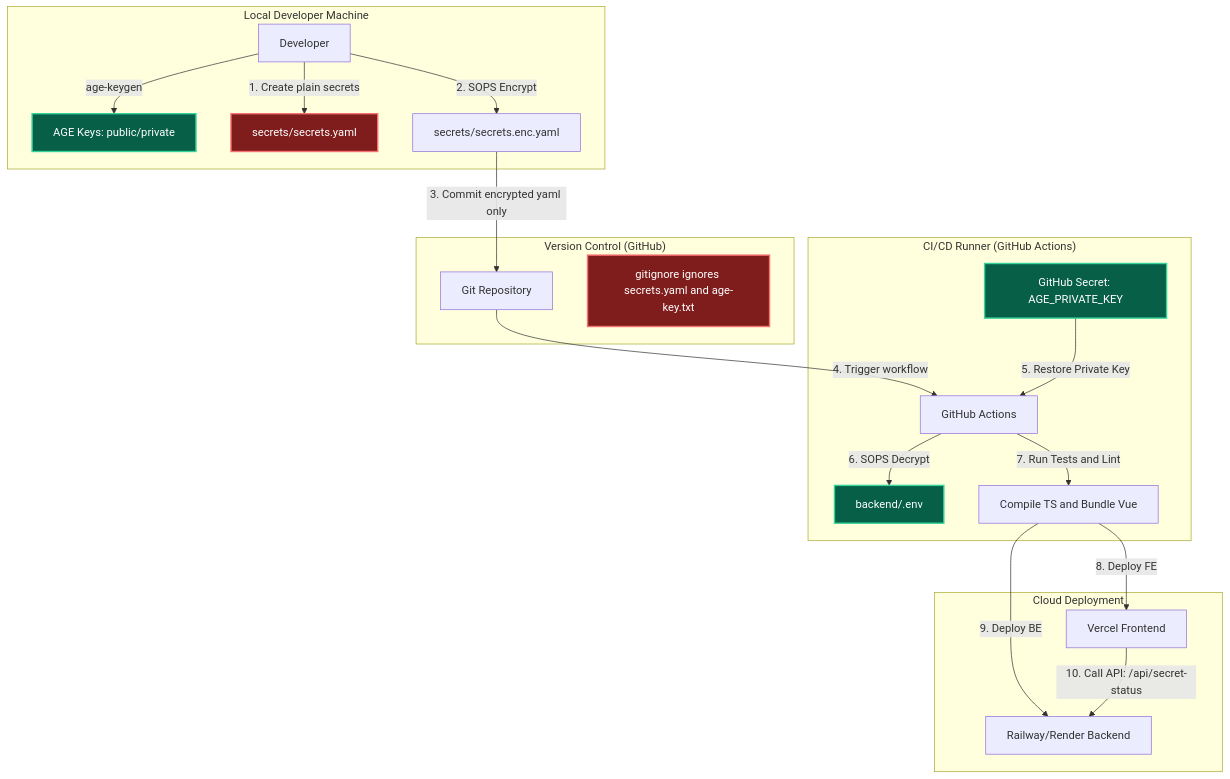
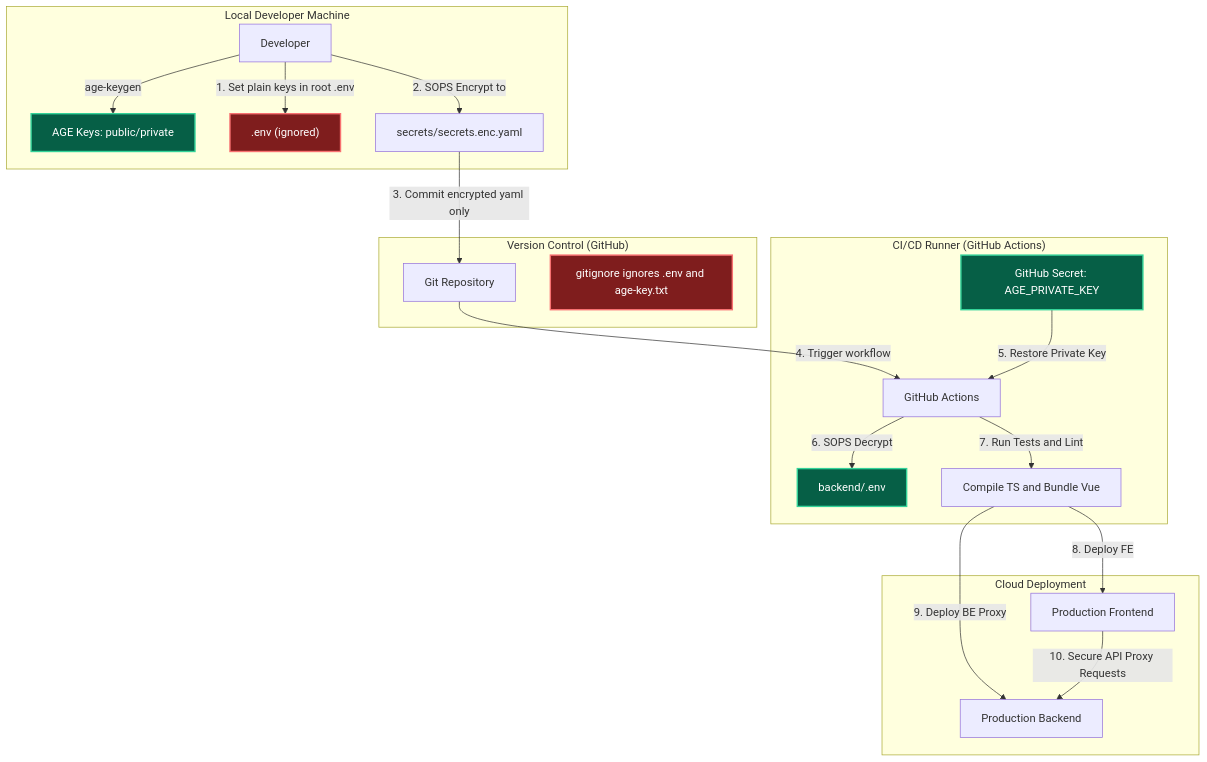
Before and after one commit to soujanyapatra/sops-vue-nodejs: the diagram in README.md, drawn with Mermaid. The commit also changed other lines of this file, not shown here.

````diff
--- a/README.md
+++ b/README.md
@@ -11,31 +11,31 @@
 ```mermaid
 graph TD
     subgraph "Local Developer Machine"
         Dev[Developer] -->|age-keygen| KeyPair["AGE Keys: public/private"]
-        Dev -->|"1. Create plain secrets"| Sec["secrets/secrets.yaml"]
-        Dev -->|"2. SOPS Encrypt"| EncSec["secrets/secrets.enc.yaml"]
+        Dev -->|"1. Set plain keys in root .env"| Sec[".env (ignored)"]
+        Dev -->|"2. SOPS Encrypt to"| EncSec["secrets/secrets.enc.yaml"]
     end
 
     subgraph "Version Control (GitHub)"
         EncSec -->|"3. Commit encrypted yaml only"| GitRepo["Git Repository"]
-        GitIgnore["gitignore ignores secrets.yaml and age-key.txt"]
+        GitIgnore["gitignore ignores .env and age-key.txt"]
     end
 
     subgraph "CI/CD Runner (GitHub Actions)"
         GitRepo -->|"4. Trigger workflow"| GHA["GitHub Actions"]
         GHAKey["GitHub Secret: AGE_PRIVATE_KEY"] -->|"5. Restore Private Key"| GHA
         GHA -->|"6. SOPS Decrypt"| DecEnv["backend/.env"]
         GHA -->|"7. Run Tests and Lint"| Build["Compile TS and Bundle Vue"]
     end
 
     subgraph "Cloud Deployment"
-        Build -->|"8. Deploy FE"| Vercel["Vercel Frontend"]
-        Build -->|"9. Deploy BE"| Railway["Railway/Render Backend"]
-        Vercel -->|"10. Call API: /api/secret-status"| Railway
+        Build -->|"8. Deploy FE"| Hosting["Production Frontend"]
+        Build -->|"9. Deploy BE Proxy"| APIProxy["Production Backend"]
+        Hosting -->|"10. Secure API Proxy Requests"| APIProxy
     end
 
     classDef secure fill:#065f46,stroke:#34d399,stroke-width:2px,color:#fff;
     classDef danger fill:#7f1d1d,stroke:#f87171,stroke-width:2px,color:#fff;
     class GHAKey,DecEnv,KeyPair secure;
     class Sec,GitIgnore danger;
 ```
````
